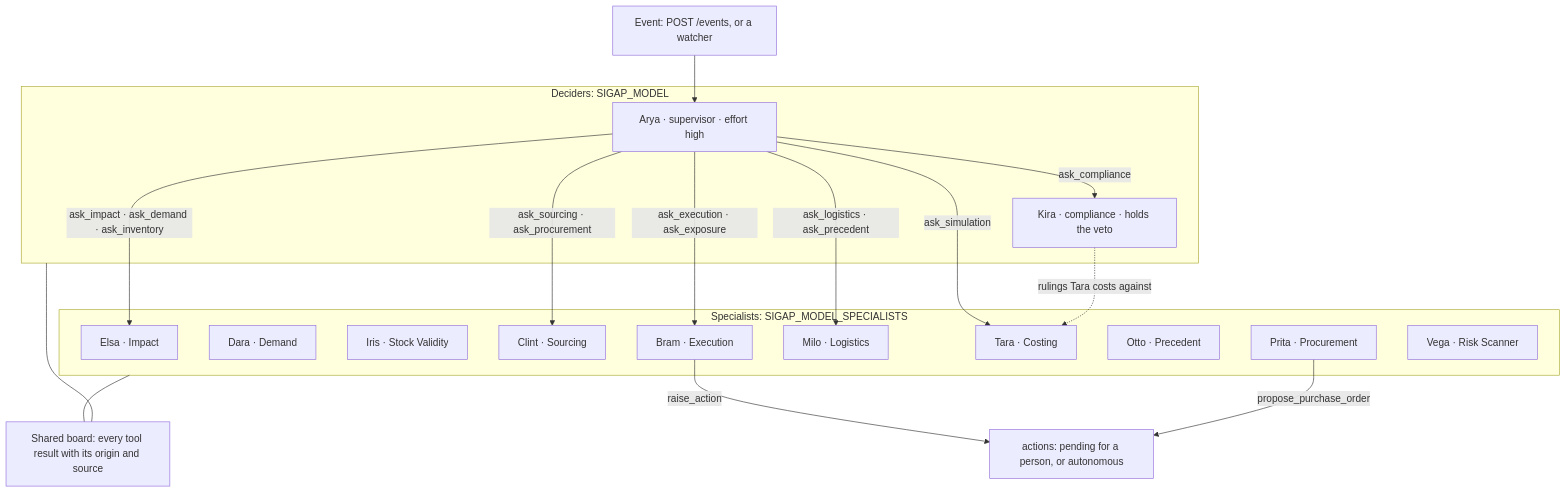
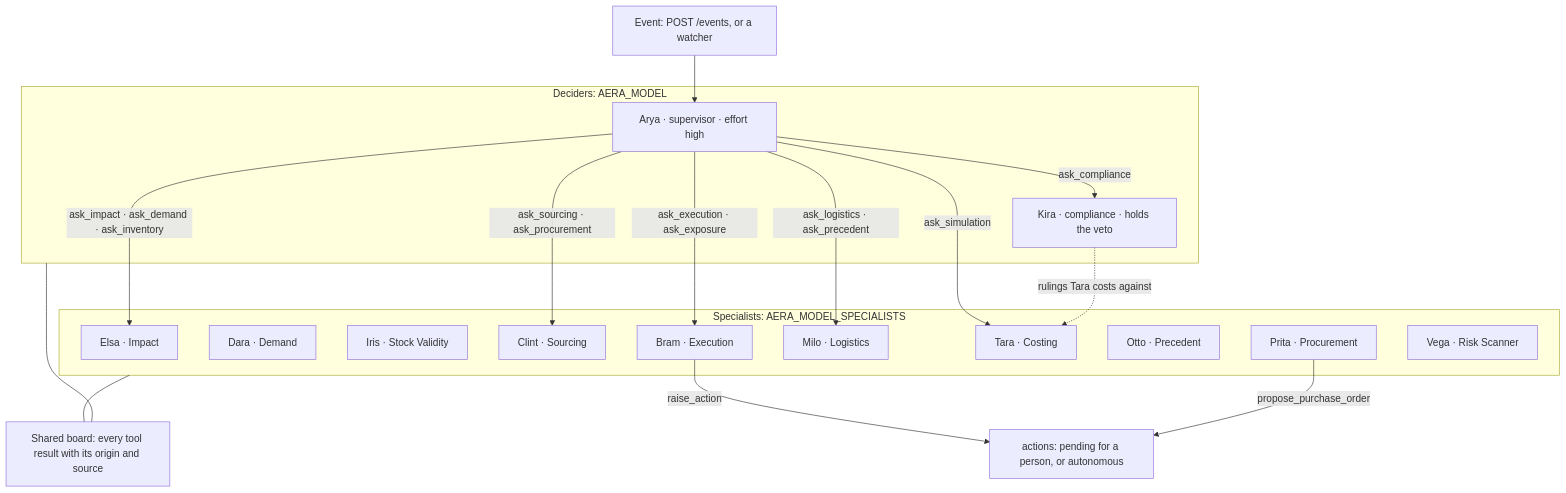
Before and after one commit to maulana-tech/aera-app: the third of 6 diagrams in README.md, drawn with Mermaid. The commit also changed other lines of this file and 413 other files, not shown here.

Commit message:
Rename sigap to aera, remove SAP (baseline before NEAR Hackathon work)

````diff
--- a/README.md
+++ b/README.md
@@ -490,37 +482,37 @@
 ```mermaid
 flowchart TB
     EVT["Event: POST /events, or a watcher"] --> ARYA
 
-    subgraph DECIDE["Deciders: SIGAP_MODEL"]
+    subgraph DECIDE["Deciders: AERA_MODEL"]
         ARYA["Arya · supervisor · effort high"]
         KIRA["Kira · compliance · holds the veto"]
     end
 
-    subgraph GATHER["Specialists: SIGAP_MODEL_SPECIALISTS"]
+    subgraph GATHER["Specialists: AERA_MODEL_SPECIALISTS"]
         ELSA["Elsa · Impact"]
         DARA["Dara · Demand"]
         IRIS["Iris · Stock Validity"]
         CLINT["Clint · Sourcing"]
         PRITA["Prita · Procurement"]
         MILO["Milo · Logistics"]
         TARA["Tara · Costing"]
         OTTO["Otto · Precedent"]
         BRAM["Bram · Execution"]
         VEGA["Vega · Risk Scanner"]
     end
 
     ARYA -->|"ask_impact · ask_demand · ask_inventory"| ELSA
     ARYA -->|"ask_sourcing · ask_procurement"| CLINT
     ARYA -->|"ask_logistics · ask_precedent"| MILO
     ARYA -->|"ask_compliance"| KIRA
     ARYA -->|"ask_simulation"| TARA
     ARYA -->|"ask_execution · ask_exposure"| BRAM
 
     KIRA -.->|"rulings Tara costs against"| TARA
     BRAM -->|"raise_action"| ACT["actions: pending for a person, or autonomous"]
     PRITA -->|"propose_purchase_order"| ACT
 
     BOARD["Shared board: every tool result with its origin and source"]
     GATHER --- BOARD
     DECIDE --- BOARD
 ```
````
